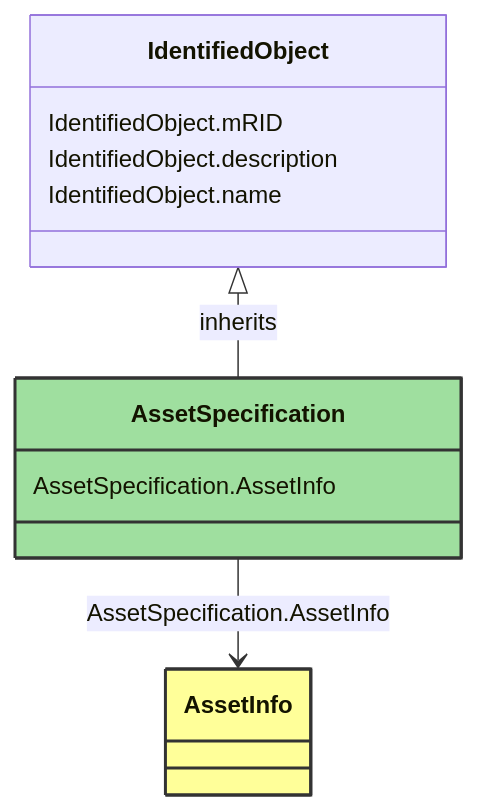
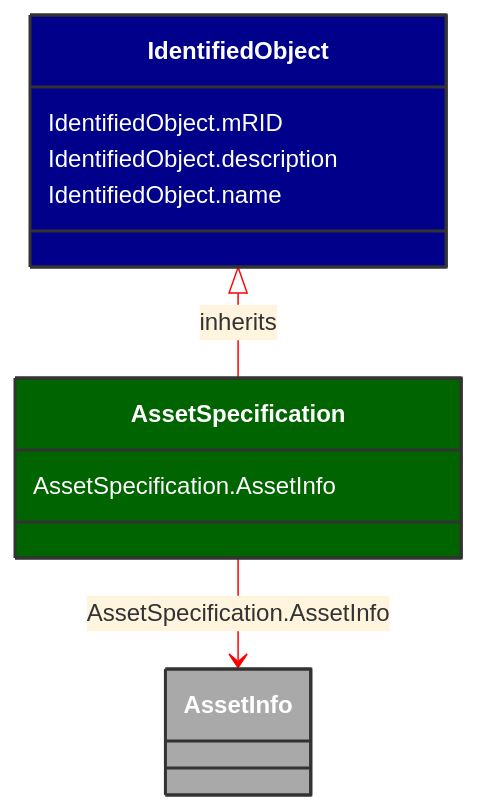
One commit to 3lbits/NoCIMExtensions changed the diagram in docs/Models/Profiles/SubseaCableInfo/ConcreteClasses/AssetSpecification.md. Above: the diagram before and after it, drawn with Mermaid. The commit also changed 58 other files, not shown here.

````diff
--- a/docs/Models/Profiles/SubseaCableInfo/ConcreteClasses/AssetSpecification.md
+++ b/docs/Models/Profiles/SubseaCableInfo/ConcreteClasses/AssetSpecification.md
@@ -8,26 +8,27 @@
 ```mermaid
+%%{init: {'theme':'base','themeVariables': {'lineColor': '#FF0000'}}}%%
 classDiagram
     class AssetSpecification
     click AssetSpecification href "/Models/Profiles/SubseaCableInfo/ConcreteClasses/AssetSpecification/"
-    style AssetSpecification fill:#9fdf9f,stroke:#333,stroke-width:2px,rx:10,ry:10
+    style AssetSpecification fill:#006400,stroke:#333,stroke-width:2px,rx:10,ry:10,color:white
 
         IdentifiedObject <|-- AssetSpecification : inherits
             click IdentifiedObject href "/Models/Profiles/SubseaCableInfo/AbstractClasses/IdentifiedObject/"
-            style IdentifiedObject rx:10,ry:10
+            style IdentifiedObject fill:#00008B,stroke:#333,stroke-width:2px,rx:10,ry:10,color:white
 
         AssetSpecification
             click AssetSpecification href "/Models/Profiles/SubseaCableInfo/ConcreteClasses/AssetSpecification/"
-            style AssetSpecification rx:10,ry:10
+            style IdentifiedObject fill:#00008B,stroke:#333,stroke-width:2px,rx:10,ry:10,color:white
 
         AssetSpecification --> AssetInfo : AssetSpecification.AssetInfo
 
         AssetInfo
             click AssetInfo href "/Models/Profiles/SubseaCableInfo/AbstractClasses/AssetInfo/"
-            style AssetInfo fill:#ffff99,stroke:#333,stroke-width:2px,rx:10,ry:10
+            style AssetInfo fill:#A9A9A9,stroke:#333,stroke-width:2px,rx:10,ry:10,color:white
 
 
         AssetSpecification : AssetSpecification.AssetInfo
         IdentifiedObject : IdentifiedObject.mRID
         IdentifiedObject : IdentifiedObject.description
         IdentifiedObject : IdentifiedObject.name
 ```
````
